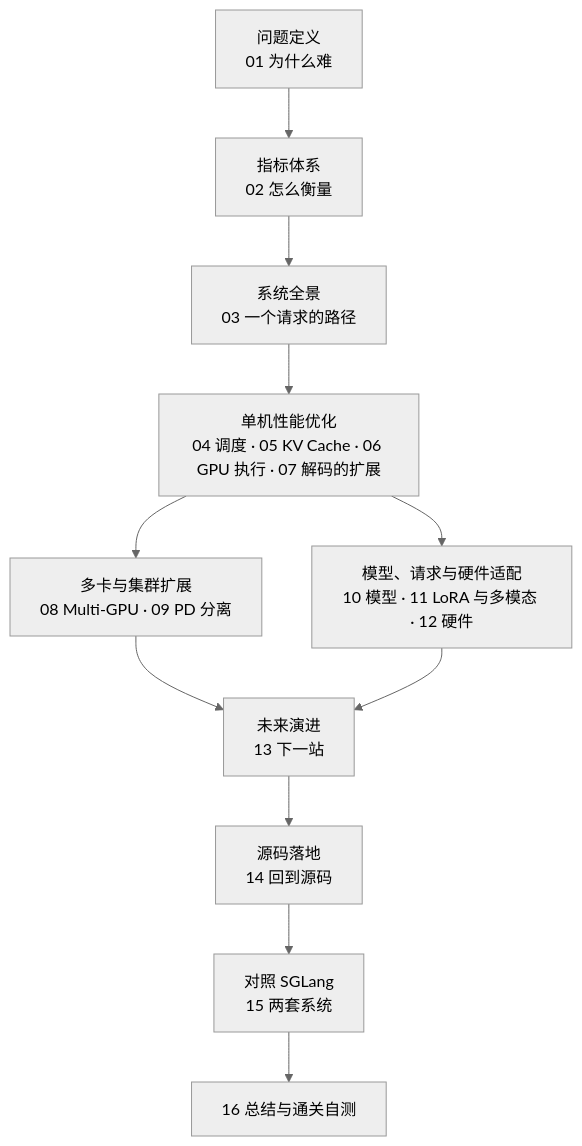
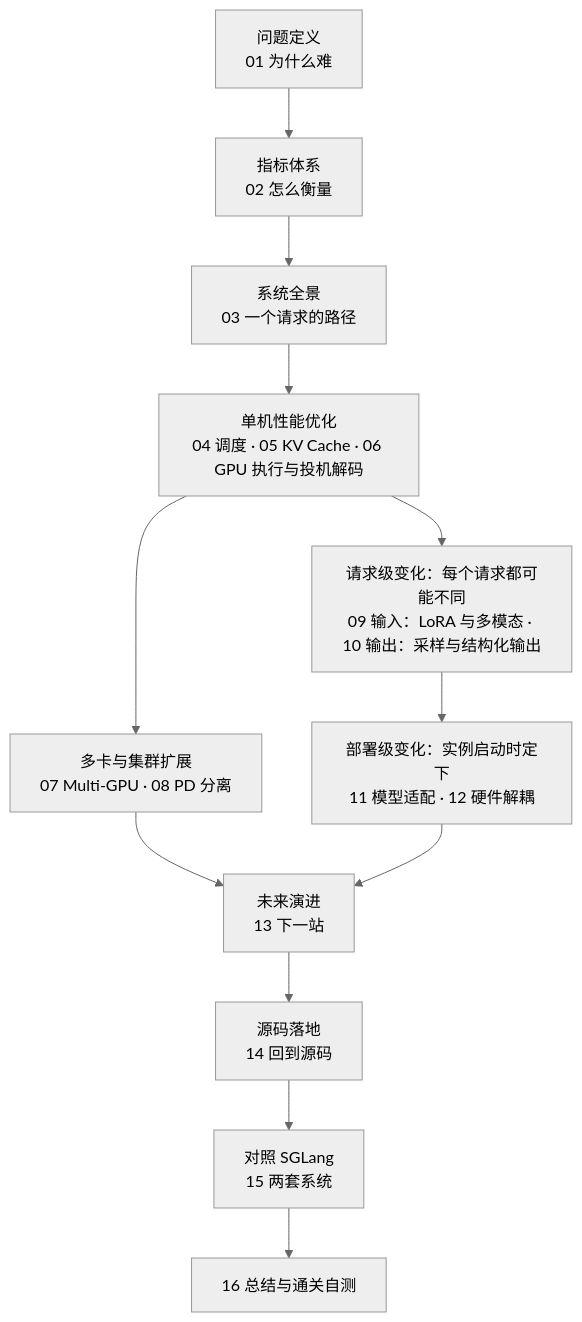
One commit to arganzheng/arganzheng.github.com changed the diagram in _posts/2026-08-11-deep-dive-into-vllm.md. Above: the diagram before and after it, drawn with Mermaid (neutral theme). The commit also changed other lines of this file and 20 other files, not shown here.

````diff
--- a/_posts/2026-08-11-deep-dive-into-vllm.md
+++ b/_posts/2026-08-11-deep-dive-into-vllm.md
@@ -106,11 +106,12 @@
 ```mermaid
-%% 图：系列主线：问题定义 → 指标体系 → 系统全景 → 单机性能优化 → 多卡与集群扩展 → 模型、请求与硬件适配 → 未来演进 → 源码落地
+%% 图：系列主线：问题定义 → 指标体系 → 系统全景 → 单机性能优化 → 多卡与集群扩展 → 输入、输出、模型与硬件适配 → 未来演进 → 源码落地
 flowchart TB
     P1["问题定义<br/>01 为什么难"] --> P2["指标体系<br/>02 怎么衡量"] --> P3["系统全景<br/>03 一个请求的路径"]
-    P3 --> P4["单机性能优化<br/>04 调度 · 05 KV Cache · 06 GPU 执行 · 07 解码的扩展"]
-    P4 --> P5["多卡与集群扩展<br/>08 Multi-GPU · 09 PD 分离"]
-    P4 --> P6["模型、请求与硬件适配<br/>10 模型 · 11 LoRA 与多模态 · 12 硬件"]
+    P3 --> P4["单机性能优化<br/>04 调度 · 05 KV Cache · 06 GPU 执行与投机解码"]
+    P4 --> P5["多卡与集群扩展<br/>07 Multi-GPU · 08 PD 分离"]
+    P4 --> P6["请求级变化：每个请求都可能不同<br/>09 输入：LoRA 与多模态 · 10 输出：采样与结构化输出"]
+    P6 --> P6b["部署级变化：实例启动时定下<br/>11 模型适配 · 12 硬件解耦"]
     P5 --> P7["未来演进<br/>13 下一站"]
-    P6 --> P7
+    P6b --> P7
     P7 --> P8["源码落地<br/>14 回到源码"] --> P9["对照 SGLang<br/>15 两套系统"] --> P10["16 总结与通关自测"]
 ```
````
